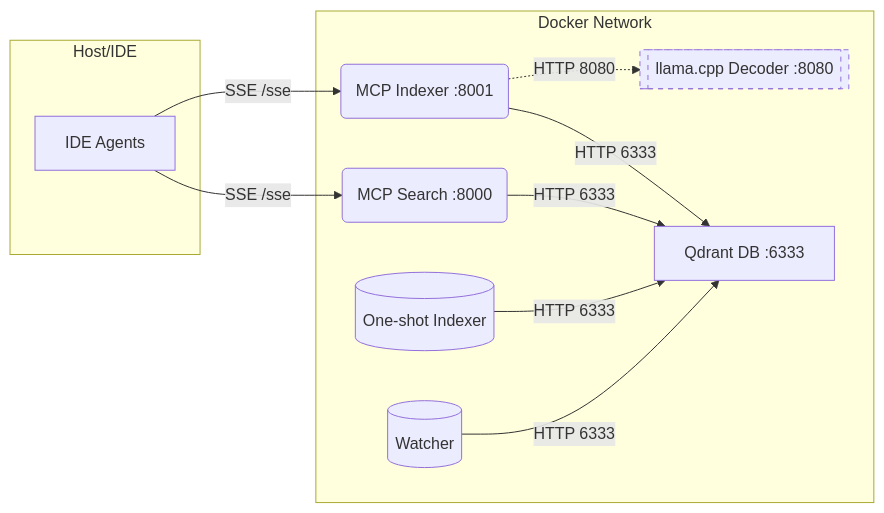
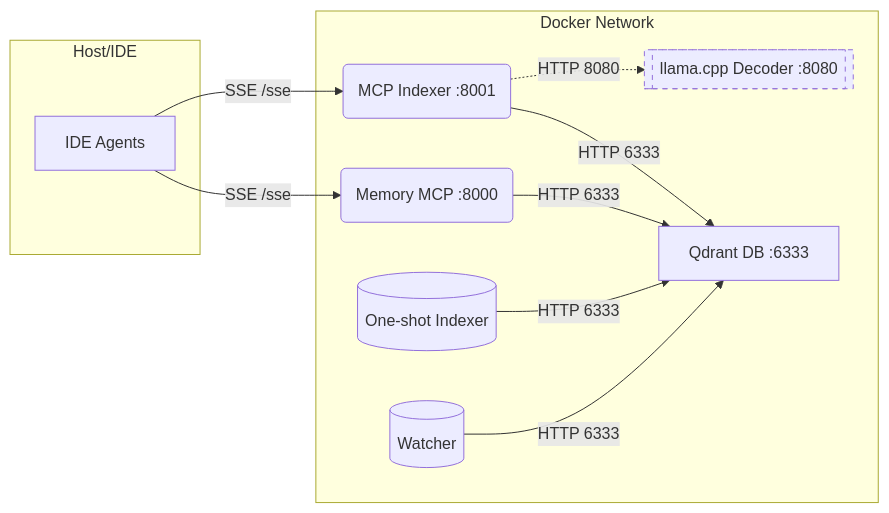
Before and after one commit to uptonking/power-context: the first of 2 diagrams in README.md, drawn with Mermaid. The commit also changed other lines of this file, not shown here.

````diff
--- a/README.md
+++ b/README.md
@@ -172,23 +172,23 @@
 ```mermaid
 flowchart LR
   subgraph Host/IDE
     A[IDE Agents]
   end
   subgraph Docker Network
-    B(MCP Search :8000)
+    B(Memory MCP :8000)
     C(MCP Indexer :8001)
     D[Qdrant DB :6333]
     G[[llama.cpp Decoder :8080]]
     E[(One-shot Indexer)]
     F[(Watcher)]
   end
   A -- SSE /sse --> B
   A -- SSE /sse --> C
   B -- HTTP 6333 --> D
   C -- HTTP 6333 --> D
   E -- HTTP 6333 --> D
   F -- HTTP 6333 --> D
   C -. HTTP 8080 .-> G
   classDef opt stroke-dasharray: 5 5
   class G opt
 ```
````
